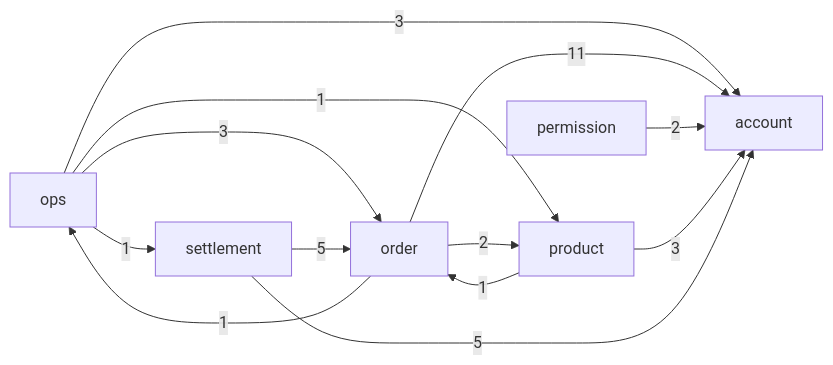
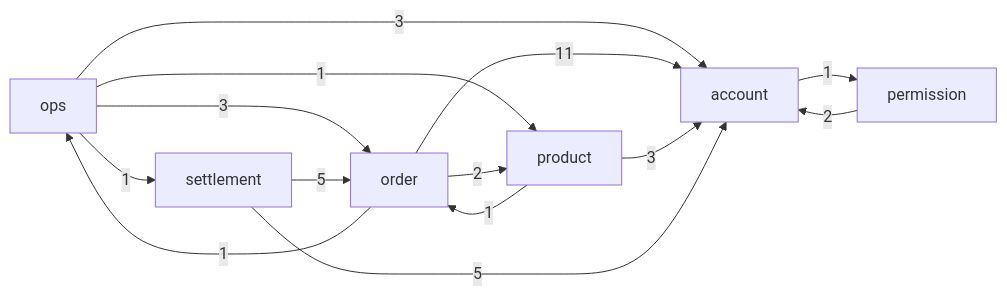
The diagram in doc/erd/index.md (ejg93/ProjectShop), drawn with Mermaid before and after one commit. The commit also changed other lines of this file and 19 other files, not shown here.

````diff
--- a/doc/erd/index.md
+++ b/doc/erd/index.md
@@ -5,15 +5,16 @@
 ```mermaid
 flowchart LR
+    account -->|1| permission
     ops -->|3| account
     ops -->|3| order
     ops -->|1| product
     ops -->|1| settlement
     order -->|11| account
     order -->|1| ops
     order -->|2| product
     permission -->|2| account
     product -->|3| account
     product -->|1| order
     settlement -->|5| account
     settlement -->|5| order
 ```
````
